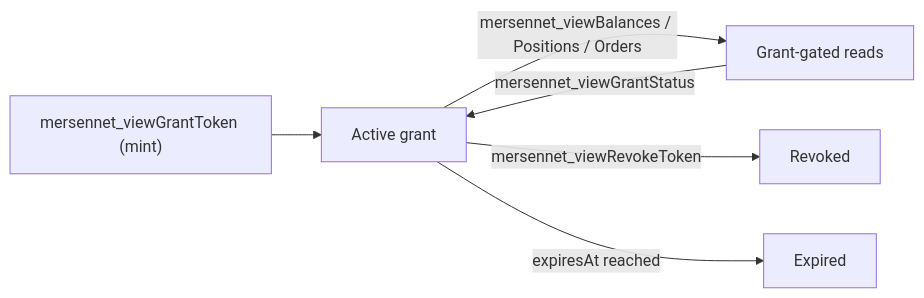
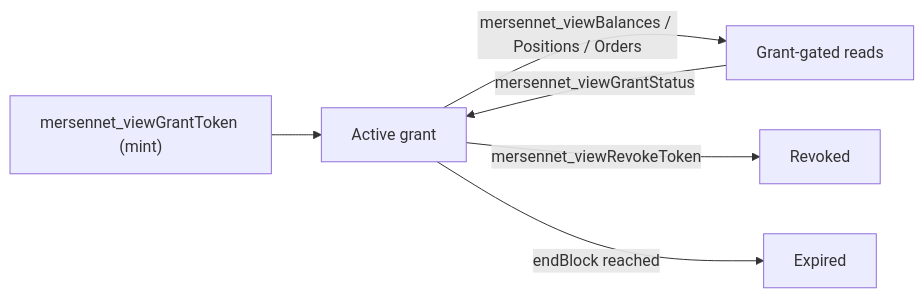
One commit to mersennet/docs changed the diagram in src/content/docs/privacy/selective-disclosure.md. Above: the diagram before and after it, drawn with Mermaid. The commit also changed other lines of this file and 40 other files, not shown here.

````diff
--- a/src/content/docs/privacy/selective-disclosure.md
+++ b/src/content/docs/privacy/selective-disclosure.md
@@ -30,8 +35,8 @@
 ```mermaid
 flowchart LR
   Mint["mersennet_viewGrantToken (mint)"] --> Active["Active grant"]
   Active -->|"mersennet_viewBalances / Positions / Orders"| Read["Grant-gated reads"]
   Active -->|"mersennet_viewRevokeToken"| Revoked["Revoked"]
-  Active -->|"expiresAt reached"| Expired["Expired"]
+  Active -->|"endBlock reached"| Expired["Expired"]
   Read -->|"mersennet_viewGrantStatus"| Active
 ```
````
